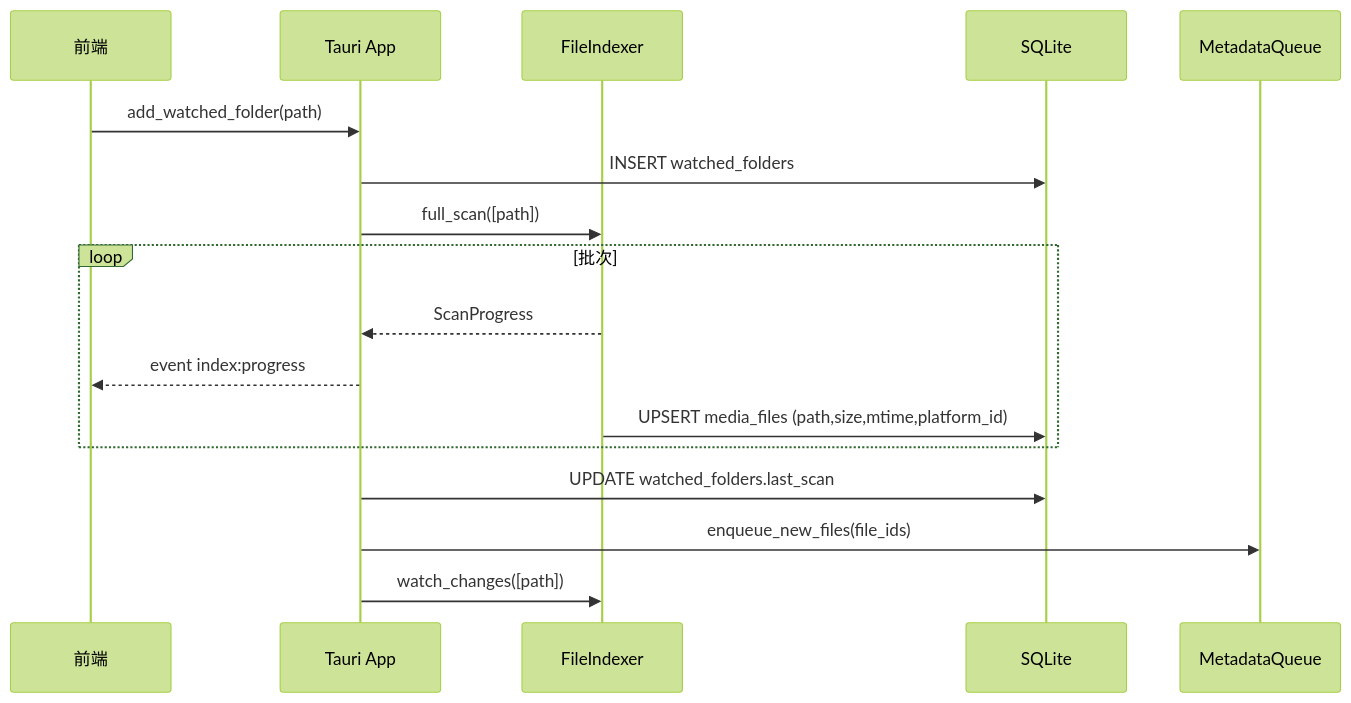
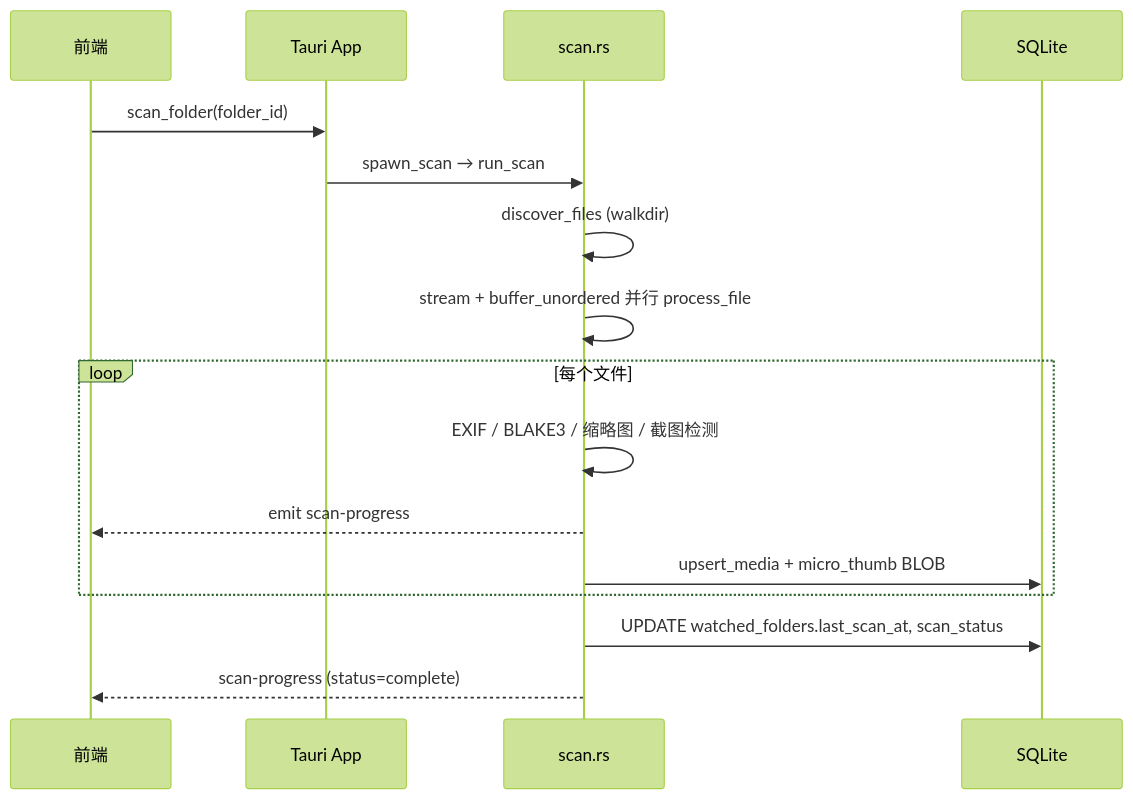
One commit to halft0n/LightFrame changed the fifth of 11 diagrams in docs/4-detailed-design.md. Above: the diagram before and after it, drawn with Mermaid (forest theme). The commit also changed other lines of this file and 8 other files, not shown here.

````diff
--- a/docs/4-detailed-design.md
+++ b/docs/4-detailed-design.md
@@ -561,20 +561,19 @@
 ```mermaid
 sequenceDiagram
     participant UI as 前端
     participant App as Tauri App
-    participant Idx as FileIndexer
+    participant Scan as scan.rs
     participant DB as SQLite
-    participant MQ as MetadataQueue
 
-    UI->>App: add_watched_folder(path)
-    App->>DB: INSERT watched_folders
-    App->>Idx: full_scan([path])
-    loop 批次
-        Idx-->>App: ScanProgress
-        App-->>UI: event index:progress
-        Idx->>DB: UPSERT media_files (path,size,mtime,platform_id)
+    UI->>App: scan_folder(folder_id)
+    App->>Scan: spawn_scan → run_scan
+    Scan->>Scan: discover_files (walkdir)
+    Scan->>Scan: stream + buffer_unordered 并行 process_file
+    loop 每个文件
+        Scan->>Scan: EXIF / BLAKE3 / 缩略图 / 截图检测
+        Scan-->>UI: emit scan-progress
+        Scan->>DB: upsert_media + micro_thumb BLOB
     end
-    App->>DB: UPDATE watched_folders.last_scan
-    App->>MQ: enqueue_new_files(file_ids)
-    App->>Idx: watch_changes([path])
+    Scan->>DB: UPDATE watched_folders.last_scan_at, scan_status
+    Scan-->>UI: scan-progress (status=complete)
 ```
````
